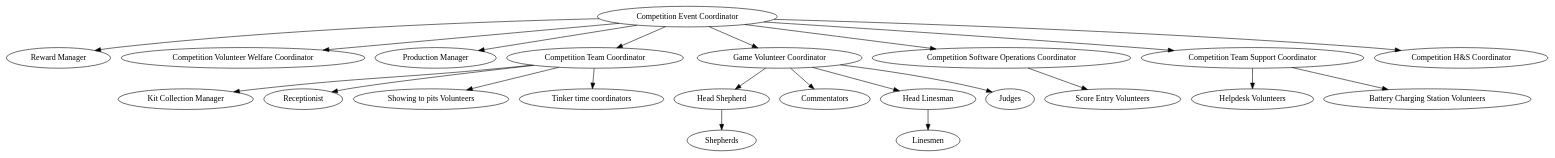
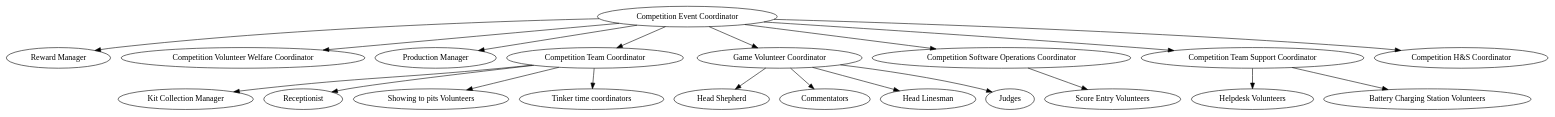
Before and after one commit to Adimote/legacy-ops-manual: the diagram in org-chart/comp-event.dot, drawn with Graphviz.

Commit message:
Remove Shepherds and Linesmen from org chart
These are not really roles with specific responsibilities. It's up to
the head shepherd/linesman to decide how to manage their own
responsibilities by recruiting teams below them. See #49.

```diff
--- a/org-chart/comp-event.dot
+++ b/org-chart/comp-event.dot
@@ -1,61 +1,55 @@
 digraph {
 	# Competition Coordinator Subordinates
 	comp_event_coord [label="Competition Event Coordinator" email="competition-event@studentrobotics.org"];
 
 	# Competition Event Coordinator Subordinates
 	reward_manager[label="Reward Manager" contactsexclude=true];
 	comp_volunteer_welfare[label="Competition Volunteer Welfare Coordinator" email="competition-welfare@studentrobotics.org"];
 	prod_manager[label="Production Manager" email="production-manager@studentrobotics.org"];
 	comp_team_coord[label="Competition Team Coordinator" email="competition-teams@studentrobotics.org"];
 	comp_game_vol_coord[label="Game Volunteer Coordinator" email="game-volunteers@studentrobotics.org"];
 	comp_sw_ops_coord[label="Competition Software Operations Coordinator" email="competition-software@studentrobotics.org"];
 	comp_team_support_coord[label="Competition Team Support Coordinator" email="competition-team-support@studentrobotics.org"];
 	comp_hs_coord[label="Competition H&S Coordinator" email="competition-health-and-safety@studentrobotics.org"];
 
 	# Competition Team Support Coordinator Subordinates
 	helpdesk_vol[label="Helpdesk Volunteers" contactsexclude=true];
 	battery_charging_vol[label="Battery Charging Station Volunteers" contactsexclude=true];
 
 	# Competition Team Coordinator Subordinates
 	kit_collection_manager[label="Kit Collection Manager" email="kit-collection@studentrobotics.org"];
 	receptionist[label="Receptionist" email="reception@studentrobotics.org"];
 	showing_to_pits_vol[label="Showing to pits Volunteers" contactsexclude=true]
 	tinker_time_coord[label="Tinker time coordinators" email="tinker-time@studentrobotics.org"];
 
 	# Game Volunteer Coordinator Subordinates
 	head_shepherd[label="Head Shepherd" email="shepherding@studentrobotics.org"];
 	commentators[label="Commentators" email="commentators@studentrobotics.org"];
 	head_linesman[label="Head Linesman" email="linesmen@studentrobotics.org"];
 	judges[label="Judges" email="judge@studentrobotics.org"];
 
 	# Competition Software Operations Coordinator Subordinates
 	score_entry_vol[label="Score Entry Volunteers" contactsexclude=true];
 
-	shepherds[label="Shepherds" contactsexclude=true];
-	linesmen[label="Linesmen" contactsexclude=true];
-
 	###### Connections between nodes
 	comp_event_coord -> { reward_manager comp_volunteer_welfare
 	            prod_manager comp_team_coord comp_game_vol_coord
 		comp_sw_ops_coord comp_hs_coord
 		comp_team_support_coord
 		};
 
 	comp_team_coord -> {
 		kit_collection_manager
 		receptionist
 		showing_to_pits_vol
 		tinker_time_coord
 	};
 
 	comp_team_support_coord -> { helpdesk_vol battery_charging_vol };
 
 	comp_game_vol_coord -> { head_shepherd commentators head_linesman judges };
 
-	head_shepherd -> shepherds;
-	head_linesman -> linesmen;
-
 	comp_sw_ops_coord -> {
 		score_entry_vol
 	};
 }
```
